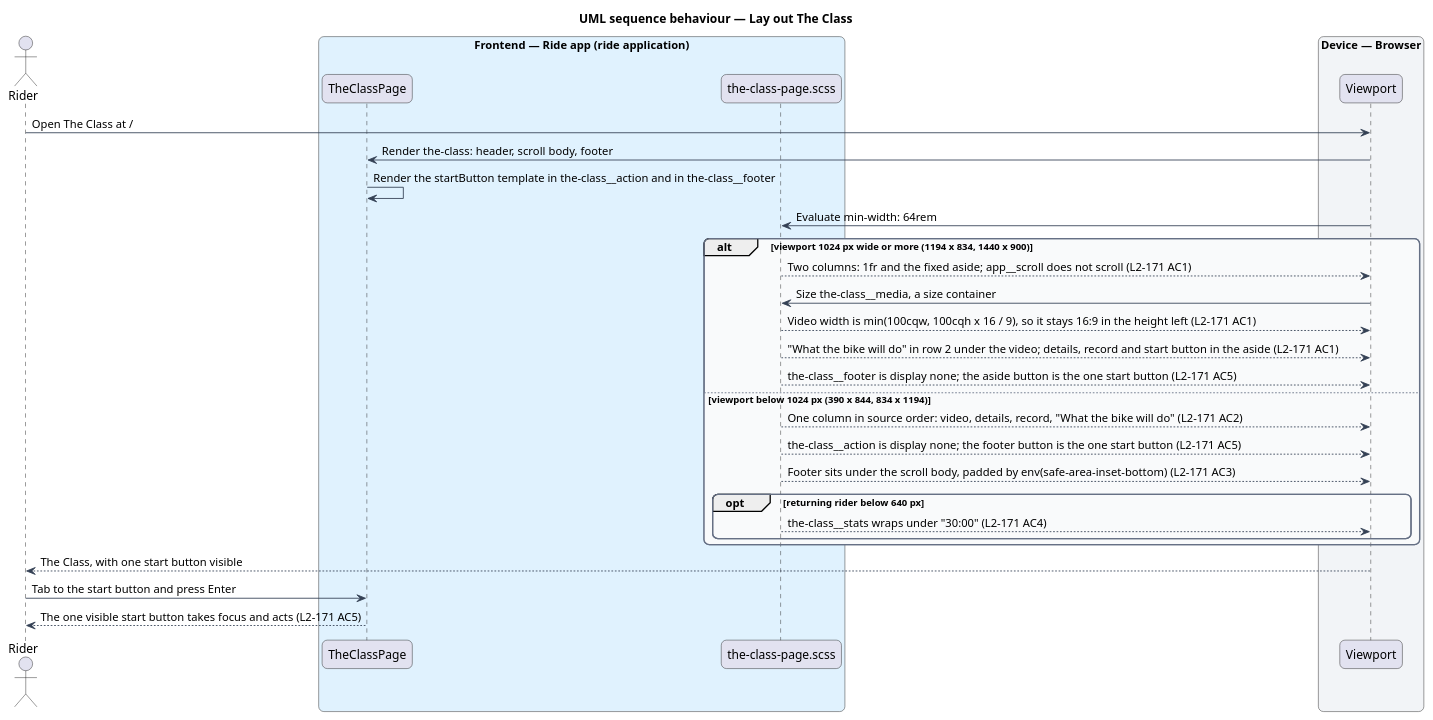
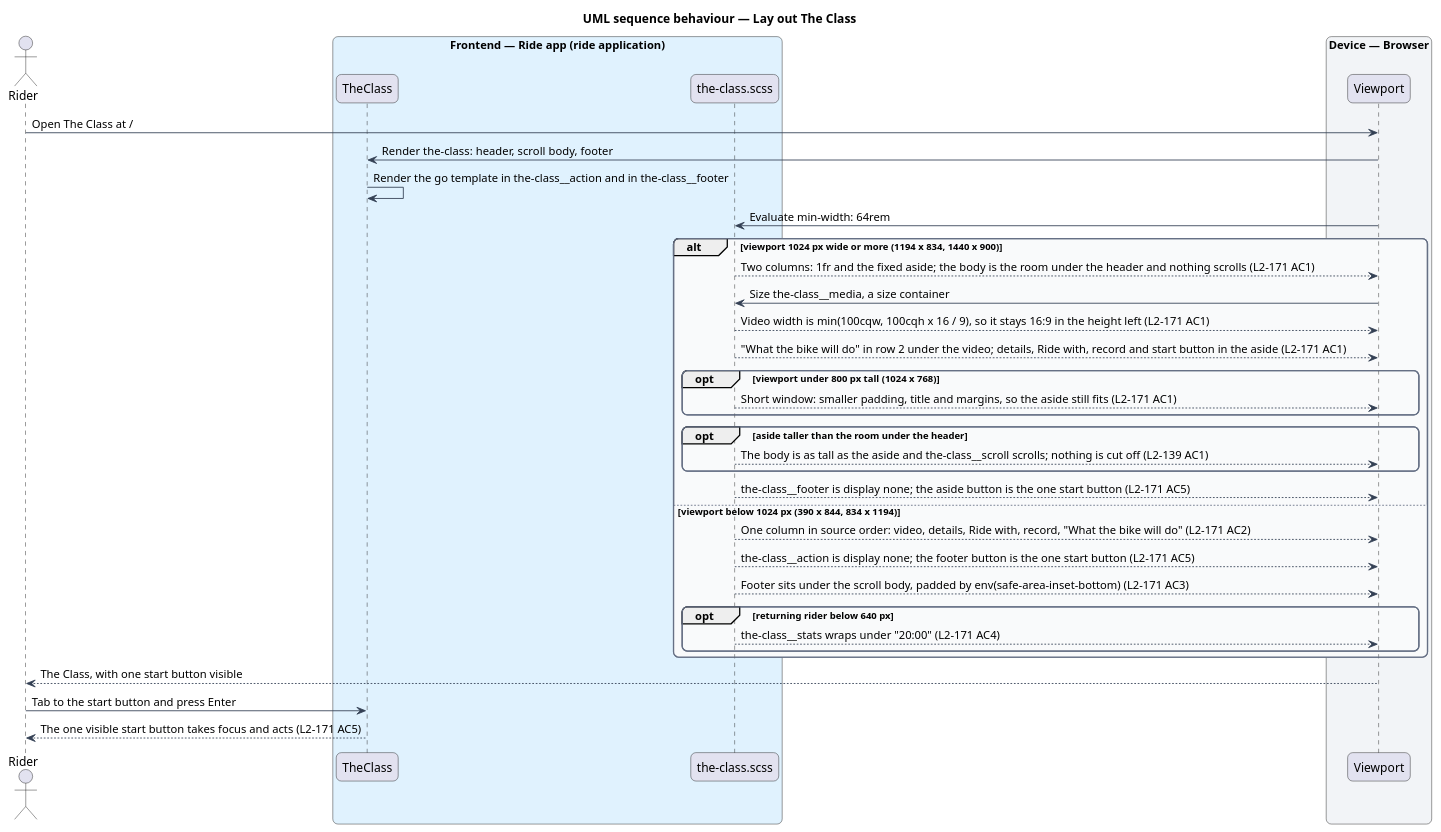
Before and after one commit to QuinntyneBrown/ride-one: the diagram in docs/detailed-designs/ui/fit-the-class-to-every-form-factor/diagrams/sequence-lay-out-the-class.puml, drawn with PlantUML. The commit also changed 51 other files, not shown here.

```diff
--- a/docs/detailed-designs/ui/fit-the-class-to-every-form-factor/diagrams/sequence-lay-out-the-class.puml
+++ b/docs/detailed-designs/ui/fit-the-class-to-every-form-factor/diagrams/sequence-lay-out-the-class.puml
@@ -1,46 +1,52 @@
 @startuml
 title UML sequence behaviour — Lay out The Class
 skinparam backgroundColor #FFFFFF
 skinparam shadowing false
 skinparam roundcorner 12
 skinparam defaultFontName Arial
 skinparam ArrowColor #344054
 skinparam rectangle {
   BorderColor #344054
   FontColor #101828
 }
 skinparam package {
   BorderColor #667085
   FontColor #101828
   BackgroundColor #F9FAFB
 }
 actor "Rider" as rider
 box "Frontend — Ride app (ride application)" #E0F2FE
-  participant "TheClassPage" as page
-  participant "the-class-page.scss" as sheet
+  participant "TheClass" as page
+  participant "the-class.scss" as sheet
 end box
 box "Device — Browser" #F2F4F7
   participant "Viewport" as viewport
 end box
 rider -> viewport : Open The Class at /
 viewport -> page : Render the-class: header, scroll body, footer
-page -> page : Render the startButton template in the-class~__action and in the-class~__footer
+page -> page : Render the go template in the-class~__action and in the-class~__footer
 viewport -> sheet : Evaluate min-width: 64rem
 alt viewport 1024 px wide or more (1194 x 834, 1440 x 900)
-  sheet --> viewport : Two columns: 1fr and the fixed aside; app~__scroll does not scroll (L2-171 AC1)
+  sheet --> viewport : Two columns: 1fr and the fixed aside; the body is the room under the header and nothing scrolls (L2-171 AC1)
   viewport -> sheet : Size the-class~__media, a size container
   sheet --> viewport : Video width is min(100cqw, 100cqh x 16 / 9), so it stays 16:9 in the height left (L2-171 AC1)
-  sheet --> viewport : "What the bike will do" in row 2 under the video; details, record and start button in the aside (L2-171 AC1)
+  sheet --> viewport : "What the bike will do" in row 2 under the video; details, Ride with, record and start button in the aside (L2-171 AC1)
+  opt viewport under 800 px tall (1024 x 768)
+    sheet --> viewport : Short window: smaller padding, title and margins, so the aside still fits (L2-171 AC1)
+  end
+  opt aside taller than the room under the header
+    sheet --> viewport : The body is as tall as the aside and the-class~__scroll scrolls; nothing is cut off (L2-139 AC1)
+  end
   sheet --> viewport : the-class~__footer is display none; the aside button is the one start button (L2-171 AC5)
 else viewport below 1024 px (390 x 844, 834 x 1194)
-  sheet --> viewport : One column in source order: video, details, record, "What the bike will do" (L2-171 AC2)
+  sheet --> viewport : One column in source order: video, details, Ride with, record, "What the bike will do" (L2-171 AC2)
   sheet --> viewport : the-class~__action is display none; the footer button is the one start button (L2-171 AC5)
   sheet --> viewport : Footer sits under the scroll body, padded by env(safe-area-inset-bottom) (L2-171 AC3)
   opt returning rider below 640 px
-    sheet --> viewport : the-class~__stats wraps under "30:00" (L2-171 AC4)
+    sheet --> viewport : the-class~__stats wraps under "20:00" (L2-171 AC4)
   end
 end
 viewport --> rider : The Class, with one start button visible
 rider -> page : Tab to the start button and press Enter
 page --> rider : The one visible start button takes focus and acts (L2-171 AC5)
 @enduml
```
